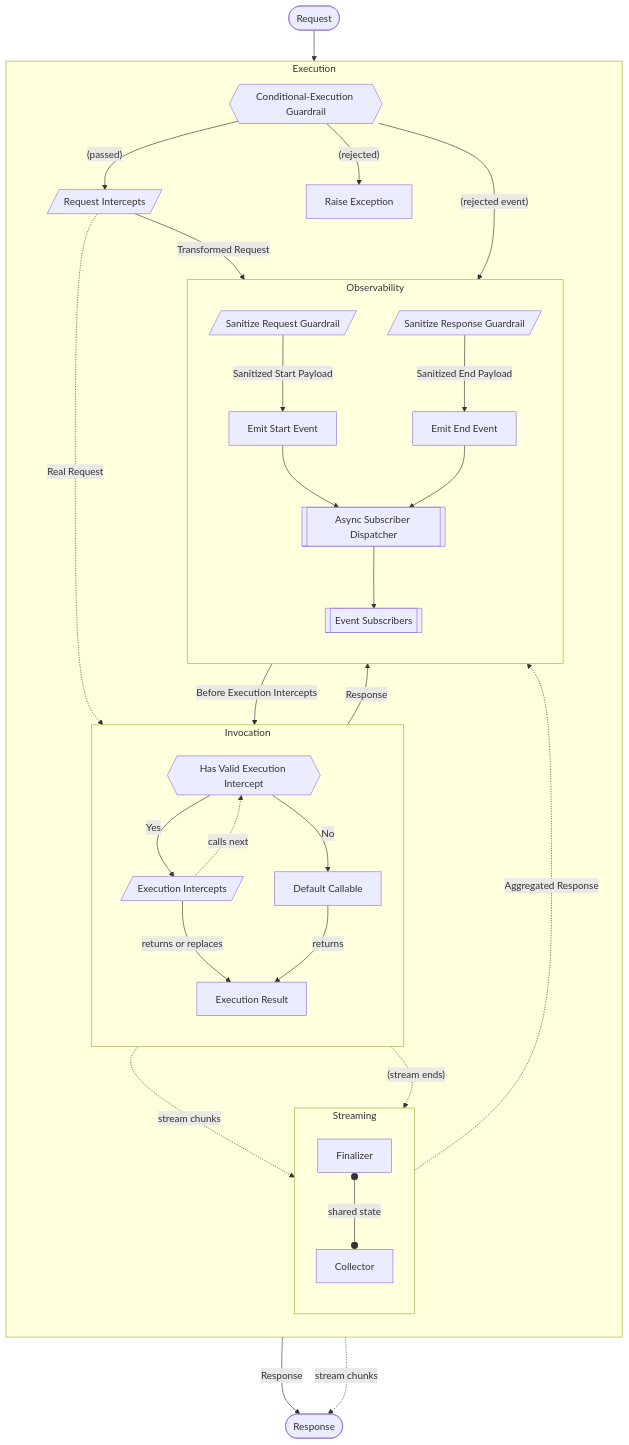
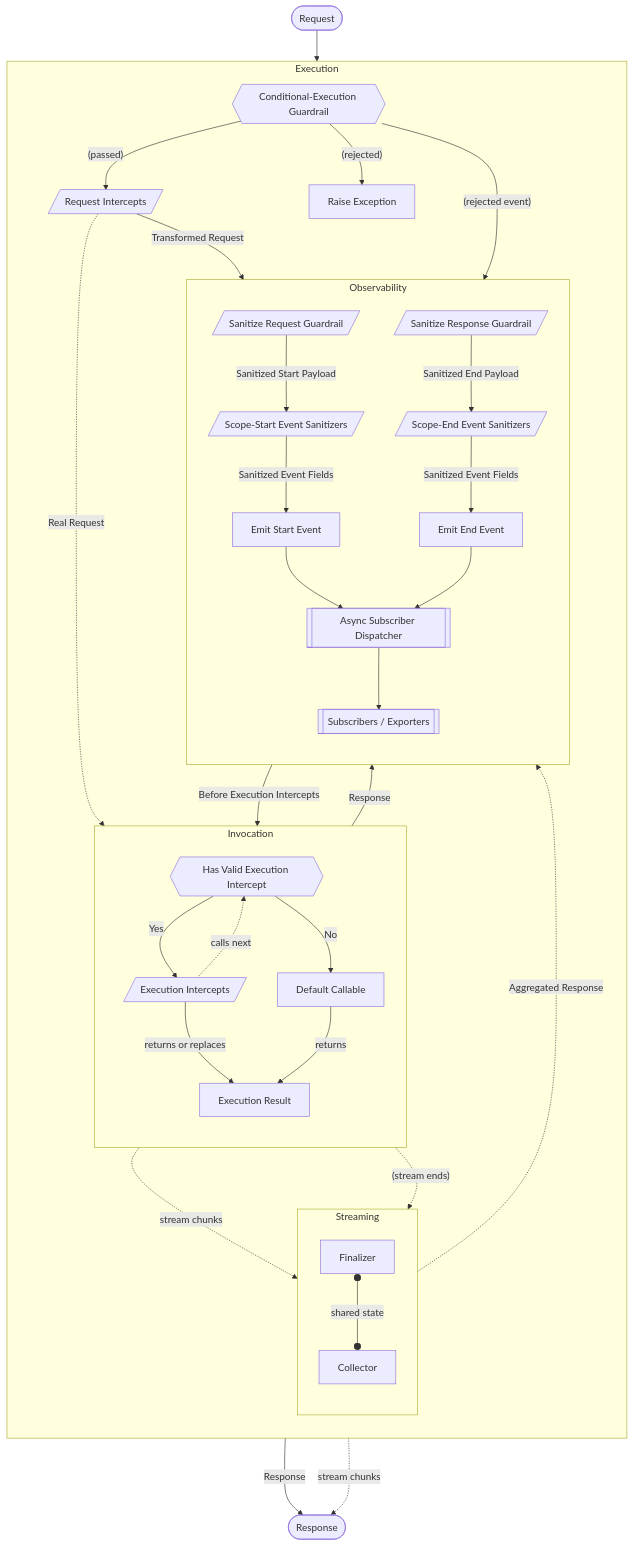
Before and after one commit to NVIDIA/NeMo-Relay: the second of 2 diagrams in docs/about-nemo-relay/concepts/middleware.mdx, drawn with Mermaid. The commit also changed other lines of this file and 3 other files, not shown here.

````diff
--- a/docs/about-nemo-relay/concepts/middleware.mdx
+++ b/docs/about-nemo-relay/concepts/middleware.mdx
@@ -197,72 +203,76 @@
 ```mermaid
 flowchart TB
     Request([Request])
 
     subgraph Execution
         direction TB
         ConditionalExecutionGuardrails{{Conditional-Execution Guardrail}}
         RequestIntercepts[/Request Intercepts/]
         RaiseException[Raise Exception]
         subgraph Invocation
             direction TB
             HasExecutionIntercept{{Has Valid Execution Intercept}}
             ExecutionIntercepts[/Execution Intercepts/]
             DefaultCallable[Default Callable]
             InterceptResult[Execution Result]
         end
 
         subgraph Streaming
             direction TB
             Finalizer[Finalizer]
             Collector[Collector]
         end
 
         subgraph Observability
             direction TB
             SanitizeRequestGuardrails[/Sanitize Request Guardrail/]
             SanitizeResponseGuardrails[/Sanitize Response Guardrail/]
+            ScopeStartSanitizers[/Scope-Start Event Sanitizers/]
+            ScopeEndSanitizers[/Scope-End Event Sanitizers/]
             StartEvent[Emit Start Event]
             EndEvent[Emit End Event]
             Dispatcher[["Async Subscriber Dispatcher"]]
-            EventSubscribers[["Event Subscribers"]]
+            EventConsumers[["Subscribers / Exporters"]]
         end
     end
 
     Response([Response])
 
     Request --> ConditionalExecutionGuardrails
     RequestIntercepts -->|Transformed Request| SanitizeRequestGuardrails
     ConditionalExecutionGuardrails -->|"(rejected event)"| Dispatcher
     ConditionalExecutionGuardrails -->|"(rejected)"| RaiseException
     ConditionalExecutionGuardrails -->|"(passed)"| RequestIntercepts
-    SanitizeRequestGuardrails -->|Sanitized Start Payload| StartEvent
+    SanitizeRequestGuardrails -->|Sanitized Start Payload| ScopeStartSanitizers
+    ScopeStartSanitizers -->|Sanitized Event Fields| StartEvent
     StartEvent --> Dispatcher
-    Dispatcher --> EventSubscribers
+    Dispatcher --> EventConsumers
     StartEvent -->|Before Execution Intercepts| HasExecutionIntercept
     RequestIntercepts -.->|Real Request| HasExecutionIntercept
 
     HasExecutionIntercept -->|No| DefaultCallable
     HasExecutionIntercept -->|Yes| ExecutionIntercepts
     ExecutionIntercepts -.->|calls next| HasExecutionIntercept
     ExecutionIntercepts -->|returns or replaces| InterceptResult
     DefaultCallable -->|returns| InterceptResult
 
     InterceptResult -->|Response| SanitizeResponseGuardrails
     InterceptResult -->|Response| Response
 
     InterceptResult -.->|stream chunks| Collector
     Collector -..->|stream chunks| Response
     InterceptResult -.->|"(stream ends)"| Finalizer
     Finalizer -.->|Aggregated Response| SanitizeResponseGuardrails
     Finalizer o--o|shared state| Collector
 
-    SanitizeResponseGuardrails -->|Sanitized End Payload| EndEvent
+    SanitizeResponseGuardrails -->|Sanitized End Payload| ScopeEndSanitizers
+    ScopeEndSanitizers -->|Sanitized Event Fields| EndEvent
     EndEvent --> Dispatcher
 
     class Execution,Invocation,Streaming,Observability,Request,Response grey-lightest;
-    class Dispatcher,EventSubscribers,StartEvent,EndEvent teal-lightest;
+    class Dispatcher,EventConsumers,StartEvent,EndEvent teal-lightest;
     class RequestIntercepts,HasExecutionIntercept,ExecutionIntercepts yellow-lightest;
-    class ConditionalExecutionGuardrails,SanitizeRequestGuardrails,SanitizeResponseGuardrails green-lightest;
+    class ConditionalExecutionGuardrails,SanitizeRequestGuardrails,SanitizeResponseGuardrails,ScopeStartSanitizers,ScopeEndSanitizers green-lightest;
     class RaiseException red-lightest;
     class DefaultCallable,InterceptResult,Collector,Finalizer magenta-lightest;
 ```
````
